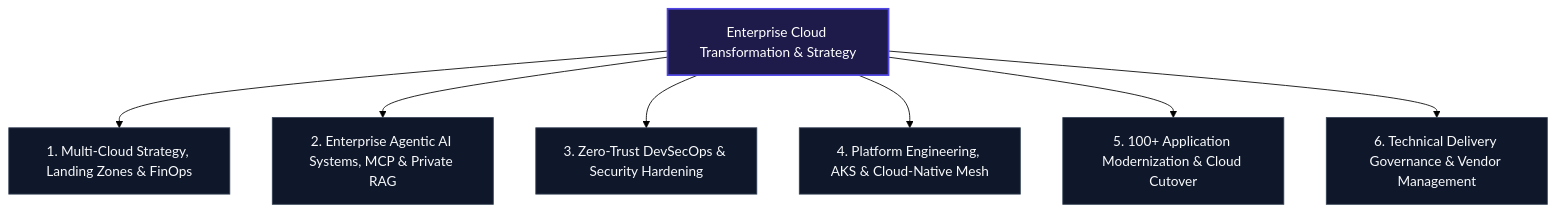
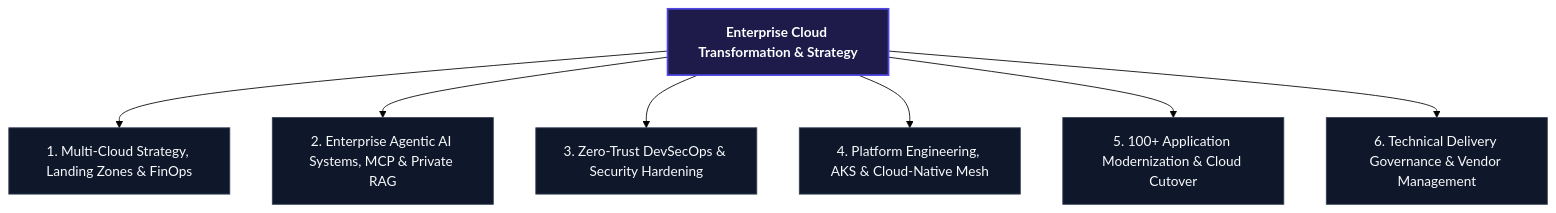
One commit to jiveshranjantiwari/jiveshranjantiwari changed the second of 6 diagrams in README.md. Above: the diagram before and after it, drawn with Mermaid (forest theme). The commit also changed other lines of this file, not shown here.

Commit message:
feat: elevate profile with dynamic typing banner, live stats analytics, tech stack matrix, and architecture blueprints

````diff
--- a/README.md
+++ b/README.md
@@ -101,12 +223,12 @@
 ```mermaid
-graph TD
+flowchart TD
     classDef default fill:#0f172a,stroke:#334155,stroke-width:1px,color:#f8fafc;
-    classDef highlight fill:#1e1b4b,stroke:#4f46e5,stroke-width:2px,color:#ffffff;
+    classDef highlight fill:#1e1b4b,stroke:#4f46e5,stroke-width:2px,color:#ffffff,font-weight:bold;
 
-    EP[Enterprise Cloud Transformation & Strategy]:::highlight --> CS[1. Multi-Cloud Strategy, Landing Zones & FinOps]
-    EP --> AI[2. Enterprise Agentic AI Systems, MCP & Private RAG]
-    EP --> SEC[3. Zero-Trust DevSecOps & Security Hardening]
-    EP --> PE[4. Platform Engineering, AKS & Cloud-Native Mesh]
-    EP --> MIG[5. 100+ Application Modernization & Cloud Cutover]
-    EP --> GOV[6. Technical Delivery Governance & Vendor Management]
+    EP["Enterprise Cloud Transformation & Strategy"]:::highlight --> CS["1. Multi-Cloud Strategy, Landing Zones & FinOps"]
+    EP --> AI["2. Enterprise Agentic AI Systems, MCP & Private RAG"]
+    EP --> SEC["3. Zero-Trust DevSecOps & Security Hardening"]
+    EP --> PE["4. Platform Engineering, AKS & Cloud-Native Mesh"]
+    EP --> MIG["5. 100+ Application Modernization & Cloud Cutover"]
+    EP --> GOV["6. Technical Delivery Governance & Vendor Management"]
 ```
````
